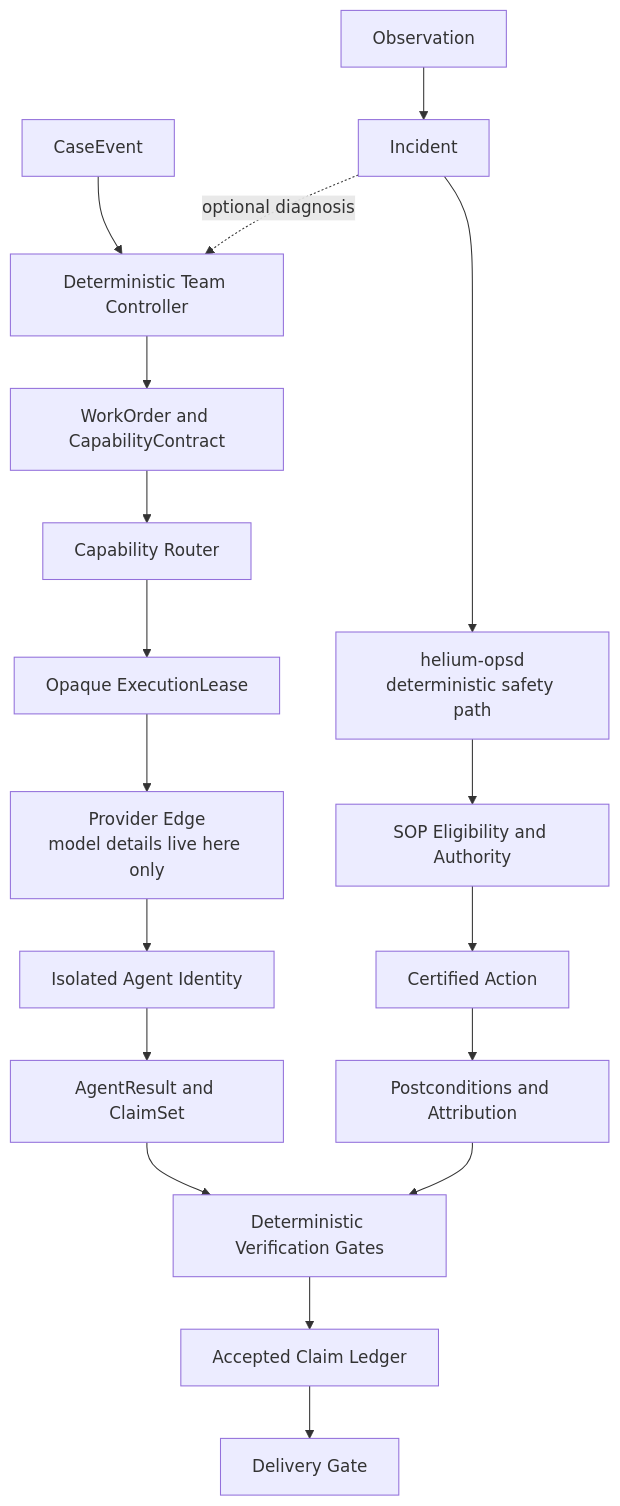
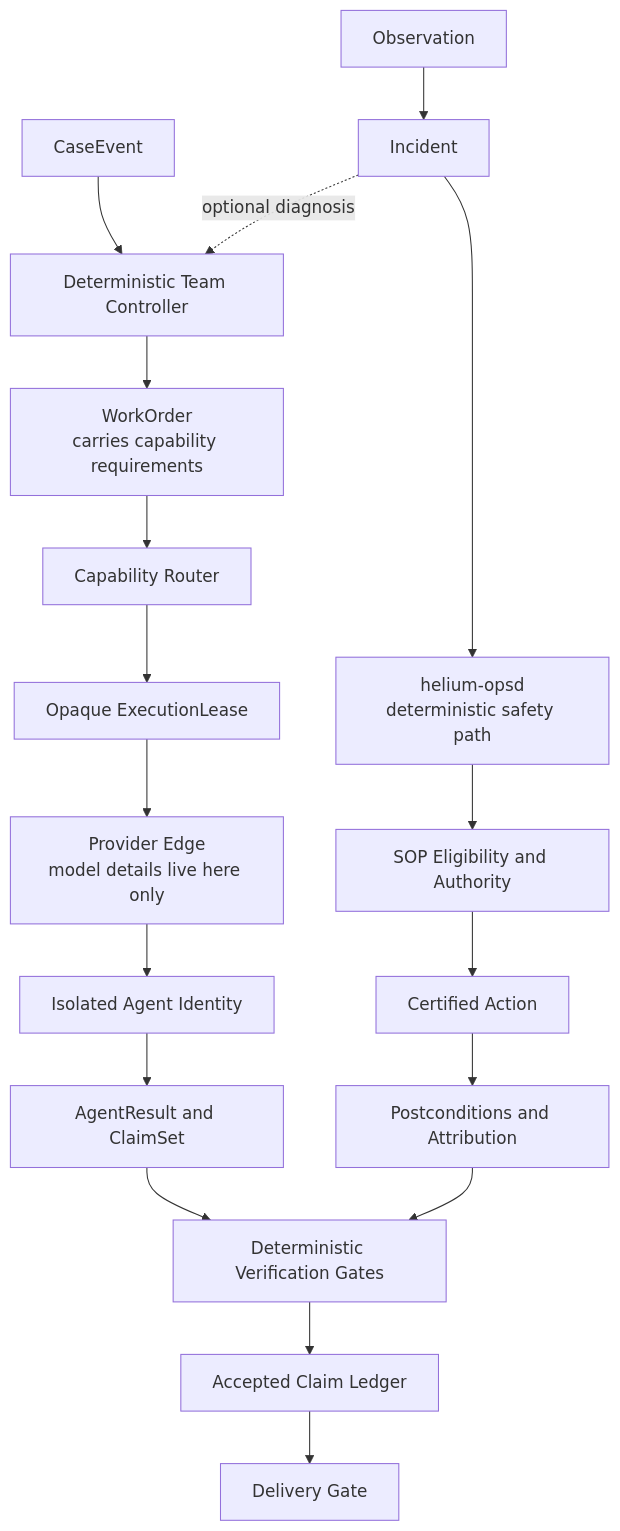
One commit to moremeds/helium changed the diagram in README.md. Above: the diagram before and after it, drawn with Mermaid. The commit also changed 6 other files, not shown here.

````diff
--- a/README.md
+++ b/README.md
@@ -48,22 +48,22 @@
 ```mermaid
 flowchart TB
     E[CaseEvent] --> C[Deterministic Team Controller]
-    C --> W[WorkOrder and CapabilityContract]
+    C --> W["WorkOrder<br/>carries capability requirements"]
     W --> R[Capability Router]
     R --> L[Opaque ExecutionLease]
     L --> P["Provider Edge<br/>model details live here only"]
     P --> A[Isolated Agent Identity]
     A --> AR[AgentResult and ClaimSet]
     AR --> V[Deterministic Verification Gates]
     V --> AC[Accepted Claim Ledger]
     AC --> D[Delivery Gate]
 
     O[Observation] --> I[Incident]
     I --> OD["helium-opsd<br/>deterministic safety path"]
     OD --> S[SOP Eligibility and Authority]
     S --> X[Certified Action]
     X --> PC[Postconditions and Attribution]
     PC --> V
 
     I -. optional diagnosis .-> C
 ```
````
